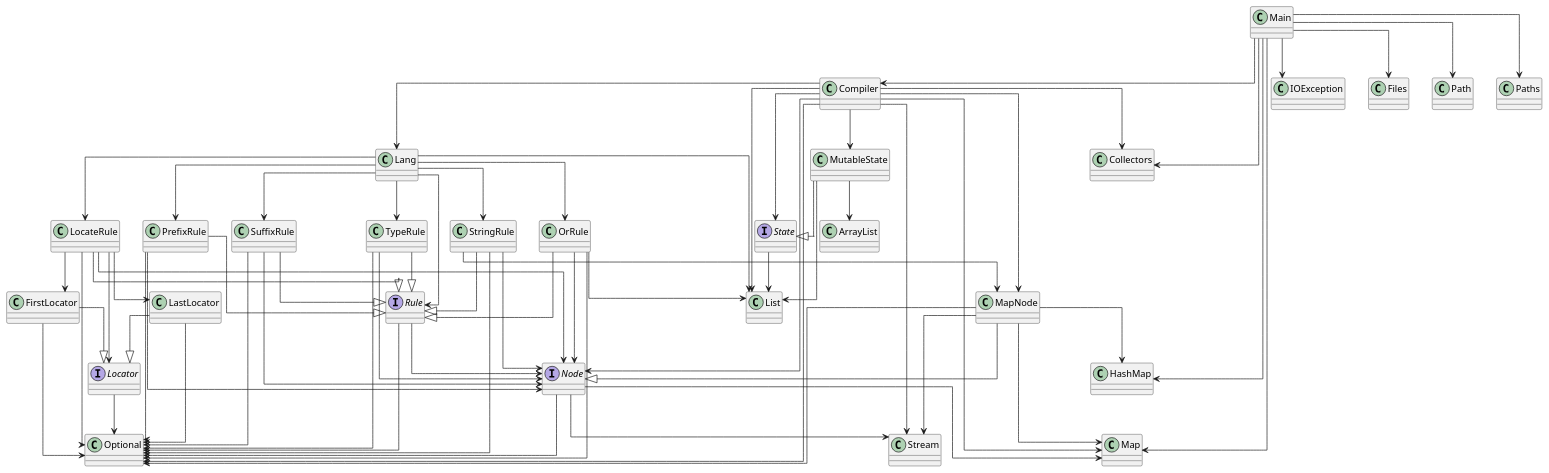
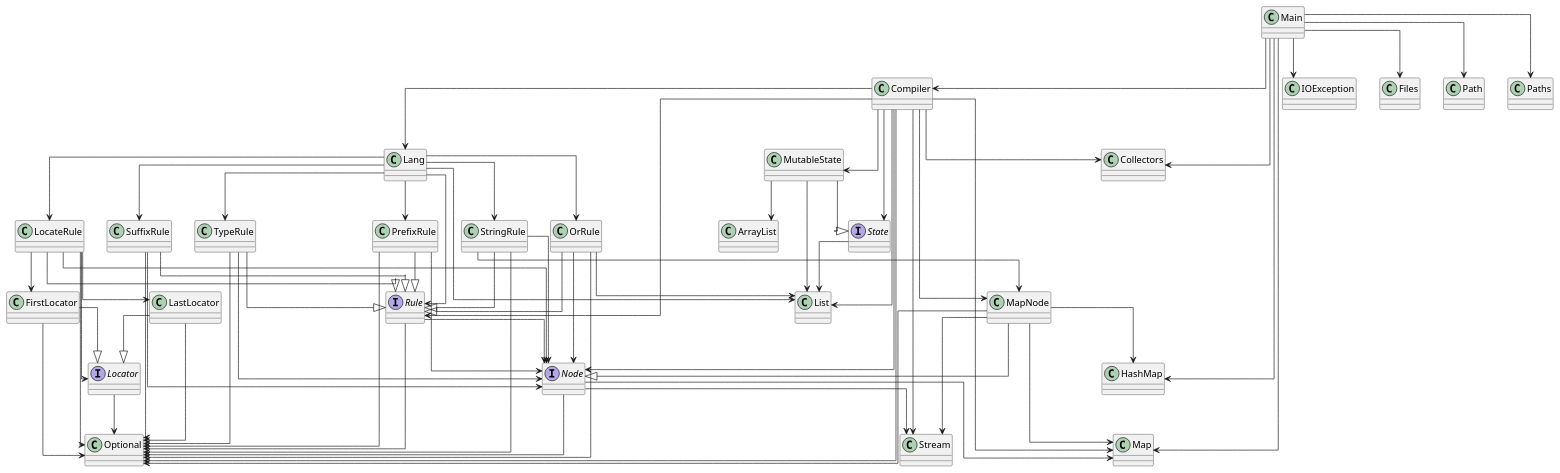
Before and after one commit to SirMathhman/Magma: the diagram in diagram.puml, drawn with PlantUML. The commit also changed 1 other file, not shown here.

```diff
--- a/diagram.puml
+++ b/diagram.puml
@@ -1,88 +1,89 @@
 @startuml
 skinparam linetype ortho
 StringRule --> MapNode
 StringRule --> Node
 StringRule --> Optional
 class StringRule
 StringRule --|> Rule
 PrefixRule --> Node
 PrefixRule --> Optional
 class PrefixRule
 PrefixRule --|> Rule
 Compiler --> Lang
 Compiler --> MutableState
 Compiler --> State
 Compiler --> MapNode
 Compiler --> Node
+Compiler --> Rule
 Compiler --> List
 Compiler --> Map
 Compiler --> Optional
 Compiler --> Collectors
 Compiler --> Stream
 class Compiler
 LastLocator --> Optional
 class LastLocator
 LastLocator --|> Locator
 OrRule --> Node
 OrRule --> List
 OrRule --> Optional
 class OrRule
 OrRule --|> Rule
 Node --> Map
 Node --> Optional
 Node --> Stream
 interface Node
 Lang --> LocateRule
 Lang --> OrRule
 Lang --> PrefixRule
 Lang --> Rule
 Lang --> StringRule
 Lang --> SuffixRule
 Lang --> TypeRule
 Lang --> List
 class Lang
 MapNode --> HashMap
 MapNode --> Map
 MapNode --> Optional
 MapNode --> Stream
 class MapNode
 MapNode --|> Node
 Locator --> Optional
 interface Locator
 MutableState --> ArrayList
 MutableState --> List
 class MutableState
 MutableState --|> State
 SuffixRule --> Node
 SuffixRule --> Optional
 class SuffixRule
 SuffixRule --|> Rule
 State --> List
 interface State
 FirstLocator --> Optional
 class FirstLocator
 FirstLocator --|> Locator
 Rule --> Node
 Rule --> Optional
 interface Rule
 LocateRule --> FirstLocator
 LocateRule --> LastLocator
 LocateRule --> Locator
 LocateRule --> Node
 LocateRule --> Optional
 class LocateRule
 LocateRule --|> Rule
 Main --> Compiler
 Main --> IOException
 Main --> Files
 Main --> Path
 Main --> Paths
 Main --> HashMap
 Main --> Map
 Main --> Collectors
 class Main
 TypeRule --> Node
 TypeRule --> Optional
 class TypeRule
 TypeRule --|> Rule
 @enduml
```
